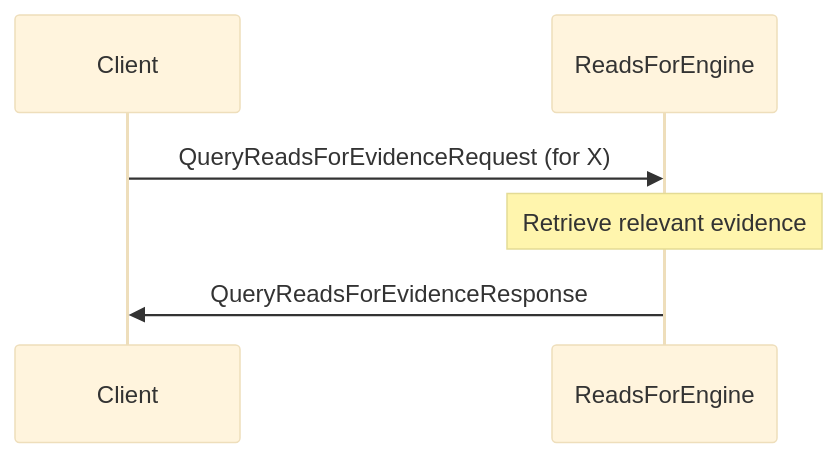
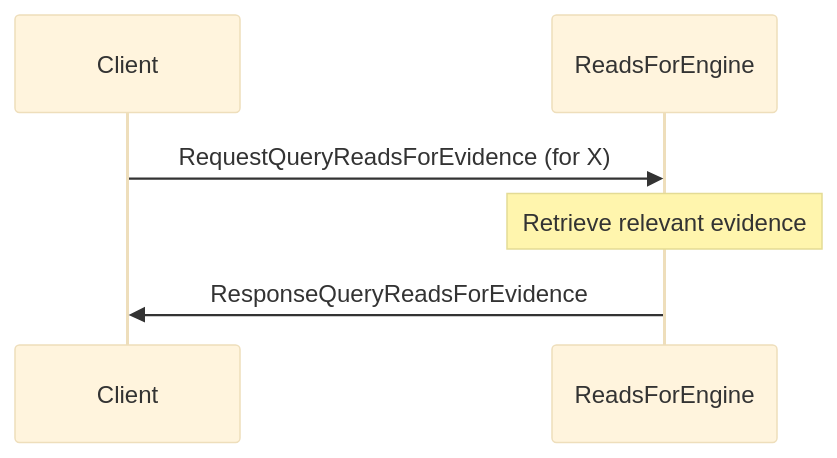
The third of 3 diagrams in docs/arch/node/engines/reads_for_messages.juvix.md (anoma/nspec), drawn with Mermaid (base theme) before and after one commit. The commit also changed other lines of this file and 7 other files, not shown here.

````diff
--- a/docs/arch/node/engines/reads_for_messages.juvix.md
+++ b/docs/arch/node/engines/reads_for_messages.juvix.md
@@ -189,9 +194,9 @@
 ```mermaid
 sequenceDiagram
     participant Client
     participant ReadsForEngine
 
-    Client->>ReadsForEngine: QueryReadsForEvidenceRequest (for X)
+    Client->>ReadsForEngine: RequestQueryReadsForEvidence (for X)
     Note over ReadsForEngine: Retrieve relevant evidence
-    ReadsForEngine->>Client: QueryReadsForEvidenceResponse
+    ReadsForEngine->>Client: ResponseQueryReadsForEvidence
 ```
````
